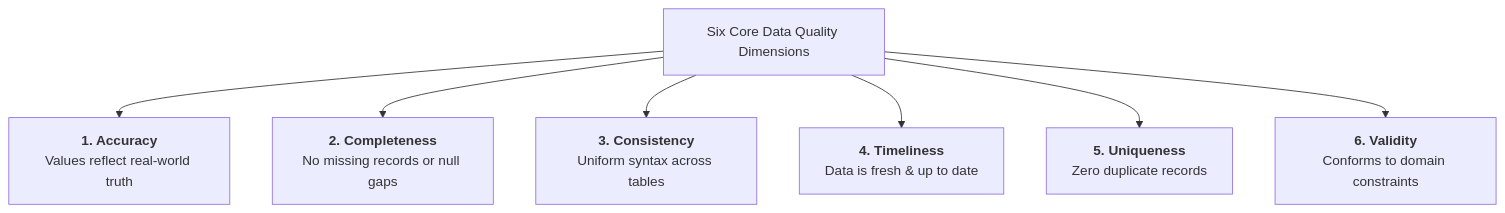
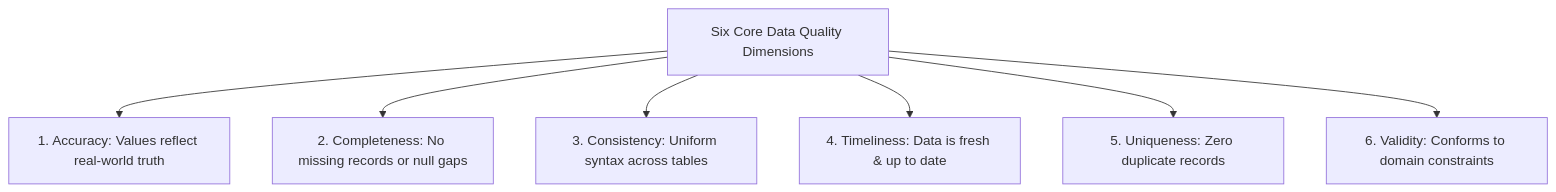
Before and after one commit to DeepLumiere/DeepSkills: the seventh of 8 diagrams in notes/data_analysis/Chapter9_Features_of_Business_Data.md, drawn with Mermaid. The commit also changed other lines of this file and 56 other files, not shown here.

````diff
--- a/notes/data_analysis/Chapter9_Features_of_Business_Data.md
+++ b/notes/data_analysis/Chapter9_Features_of_Business_Data.md
@@ -222,10 +222,10 @@
 ```mermaid
 flowchart TD
     DQ["Six Core Data Quality Dimensions"]
-    DQ --> Q1["<b>1. Accuracy</b><br/>Values reflect real-world truth"]
-    DQ --> Q2["<b>2. Completeness</b><br/>No missing records or null gaps"]
-    DQ --> Q3["<b>3. Consistency</b><br/>Uniform syntax across tables"]
-    DQ --> Q4["<b>4. Timeliness</b><br/>Data is fresh & up to date"]
-    DQ --> Q5["<b>5. Uniqueness</b><br/>Zero duplicate records"]
-    DQ --> Q6["<b>6. Validity</b><br/>Conforms to domain constraints"]
+    DQ --> Q1["1. Accuracy: Values reflect real-world truth"]
+    DQ --> Q2["2. Completeness: No missing records or null gaps"]
+    DQ --> Q3["3. Consistency: Uniform syntax across tables"]
+    DQ --> Q4["4. Timeliness: Data is fresh & up to date"]
+    DQ --> Q5["5. Uniqueness: Zero duplicate records"]
+    DQ --> Q6["6. Validity: Conforms to domain constraints"]
 ```
````
